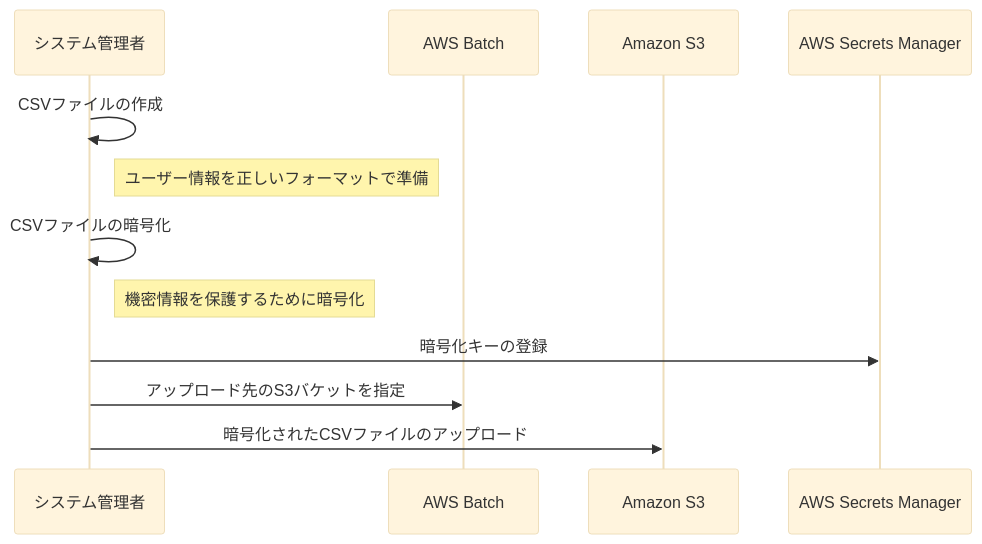
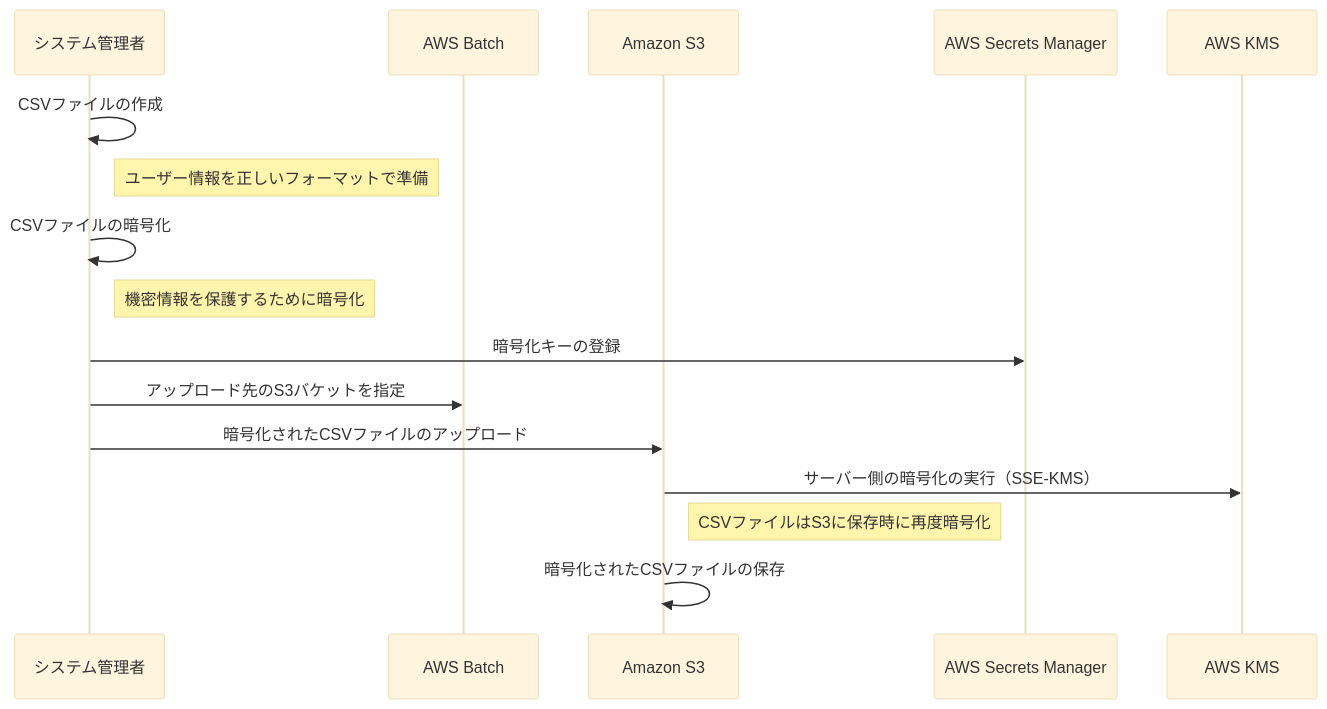
Before and after one commit to hamatz/tech_doc: the fourth of 16 diagrams in api_doc_aws.md, drawn with Mermaid (base theme). The commit also changed other lines of this file, not shown here.

Commit message:
API Gatewayでの処理内容について詳細化

````diff
--- a/api_doc_aws.md
+++ b/api_doc_aws.md
@@ -359,15 +359,19 @@
 ```mermaid
 sequenceDiagram
     participant Admin as システム管理者
     participant Batch as AWS Batch
     participant S3 as Amazon S3
     participant SecretsManager as AWS Secrets Manager
+    participant KMS as AWS KMS
 
     Admin ->> Admin: CSVファイルの作成
     Note right of Admin: ユーザー情報を正しいフォーマットで準備
     Admin ->> Admin: CSVファイルの暗号化
     Note right of Admin: 機密情報を保護するために暗号化
     Admin ->> SecretsManager: 暗号化キーの登録
     Admin ->> Batch: アップロード先のS3バケットを指定
     Admin ->> S3: 暗号化されたCSVファイルのアップロード
+    S3 ->> KMS: サーバー側の暗号化の実行（SSE-KMS）
+    Note right of S3: CSVファイルはS3に保存時に再度暗号化
+    S3 ->> S3: 暗号化されたCSVファイルの保存
 ```
````
